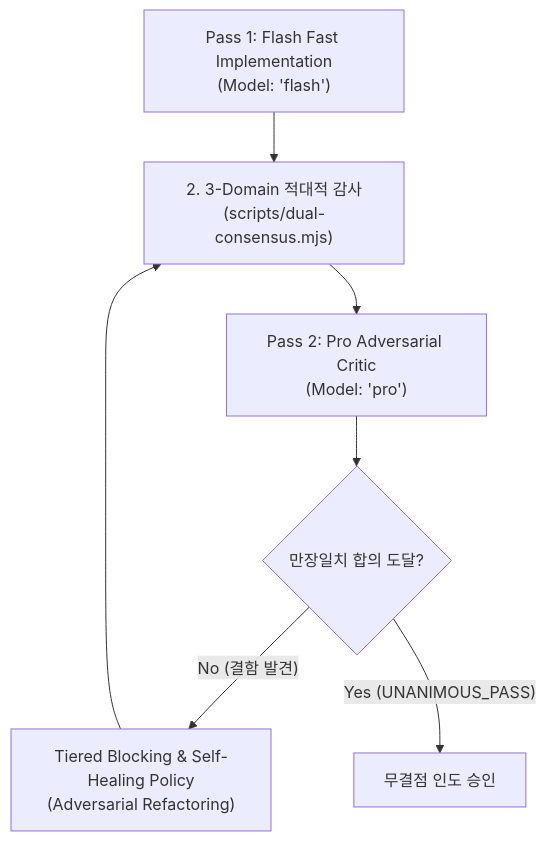
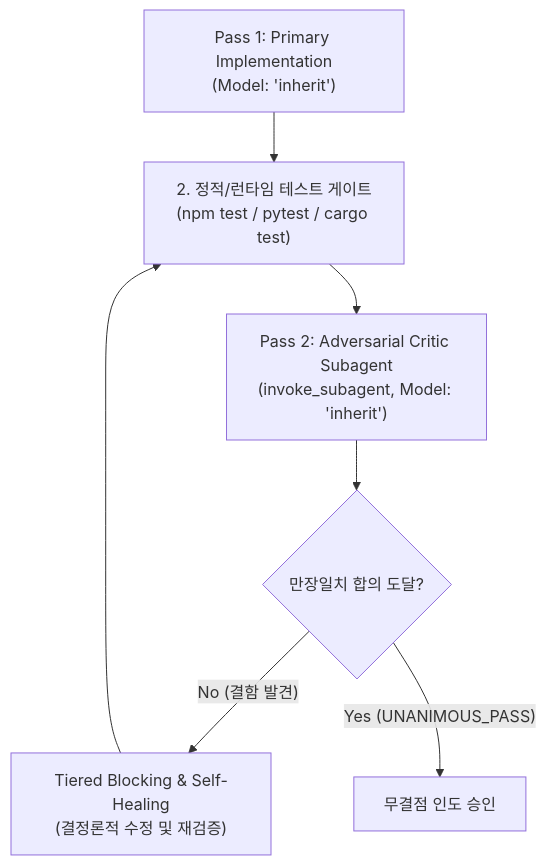
Before and after one commit to daeryundf2-prog/lazyargon: the diagram in skills/ulw/references/dual-verify.md, drawn with Mermaid. The commit also changed other lines of this file and 38 other files, not shown here.

Commit message:
fix(audit): resolve all adversarial review findings across 18 skills, hooks, and tests

````diff
--- a/skills/ulw/references/dual-verify.md
+++ b/skills/ulw/references/dual-verify.md
@@ -10,9 +10,9 @@
 ```mermaid
 flowchart TD
-    Implement["Pass 1: Flash Fast Implementation<br/>(Model: 'flash')"] --> Audit["2. 3-Domain 적대적 감사<br/>(scripts/dual-consensus.mjs)"]
-    Audit --> Critic["Pass 2: Pro Adversarial Critic<br/>(Model: 'pro')"]
+    Implement["Pass 1: Primary Implementation<br/>(Model: 'inherit')"] --> Audit["2. 정적/런타임 테스트 게이트<br/>(npm test / pytest / cargo test)"]
+    Audit --> Critic["Pass 2: Adversarial Critic Subagent<br/>(invoke_subagent, Model: 'inherit')"]
     Critic --> Consensus{"만장일치 합의 도달?"}
-    Consensus -- "No (결함 발견)" --> Heal["Tiered Blocking & Self-Healing Policy<br/>(Adversarial Refactoring)"]
+    Consensus -- "No (결함 발견)" --> Heal["Tiered Blocking & Self-Healing<br/>(결정론적 수정 및 재검증)"]
     Heal --> Audit
     Consensus -- "Yes (UNANIMOUS_PASS)" --> Pass["무결점 인도 승인"]
 ```
````
